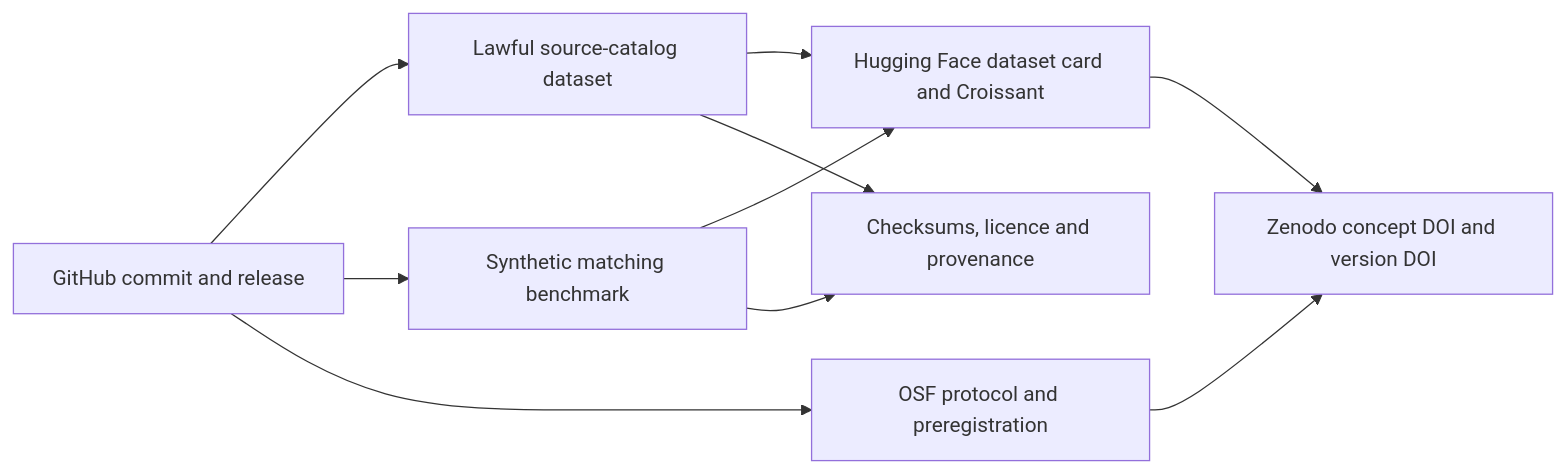
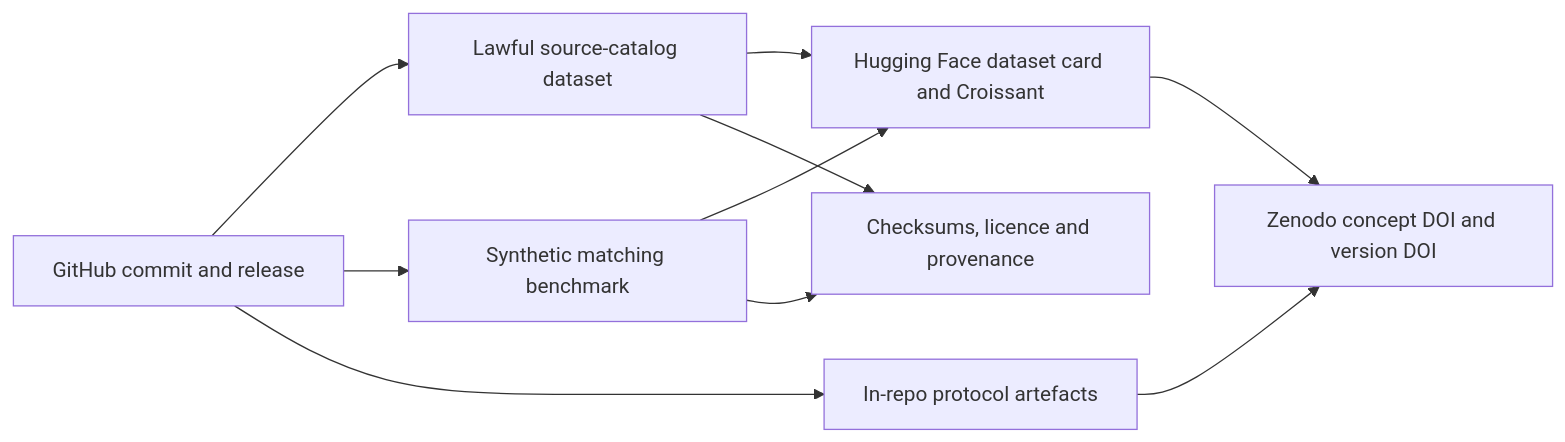
Diagram 12 of 17 in conductor/design.md (edithatogo/global-medicines-atlas), drawn with Mermaid before and after one commit. The commit also changed other lines of this file and 46 other files, not shown here.

````diff
--- a/conductor/design.md
+++ b/conductor/design.md
@@ -341,20 +341,20 @@
 ```mermaid
 flowchart LR
     COMMIT["GitHub commit and release"]
     CATALOG["Lawful source-catalog dataset"]
     BENCH["Synthetic matching benchmark"]
     HF["Hugging Face dataset card and Croissant"]
     ZENODO["Zenodo concept DOI and version DOI"]
-    OSF["OSF protocol and preregistration"]
+    PROTOCOL["In-repo protocol artefacts"]
     RECEIPT["Checksums, licence and provenance"]
 
     COMMIT --> CATALOG
     COMMIT --> BENCH
+    COMMIT --> PROTOCOL
     CATALOG --> HF
     BENCH --> HF
     HF --> ZENODO
-    OSF --> ZENODO
-    COMMIT --> OSF
+    PROTOCOL --> ZENODO
     CATALOG --> RECEIPT
     BENCH --> RECEIPT
 ```
````
